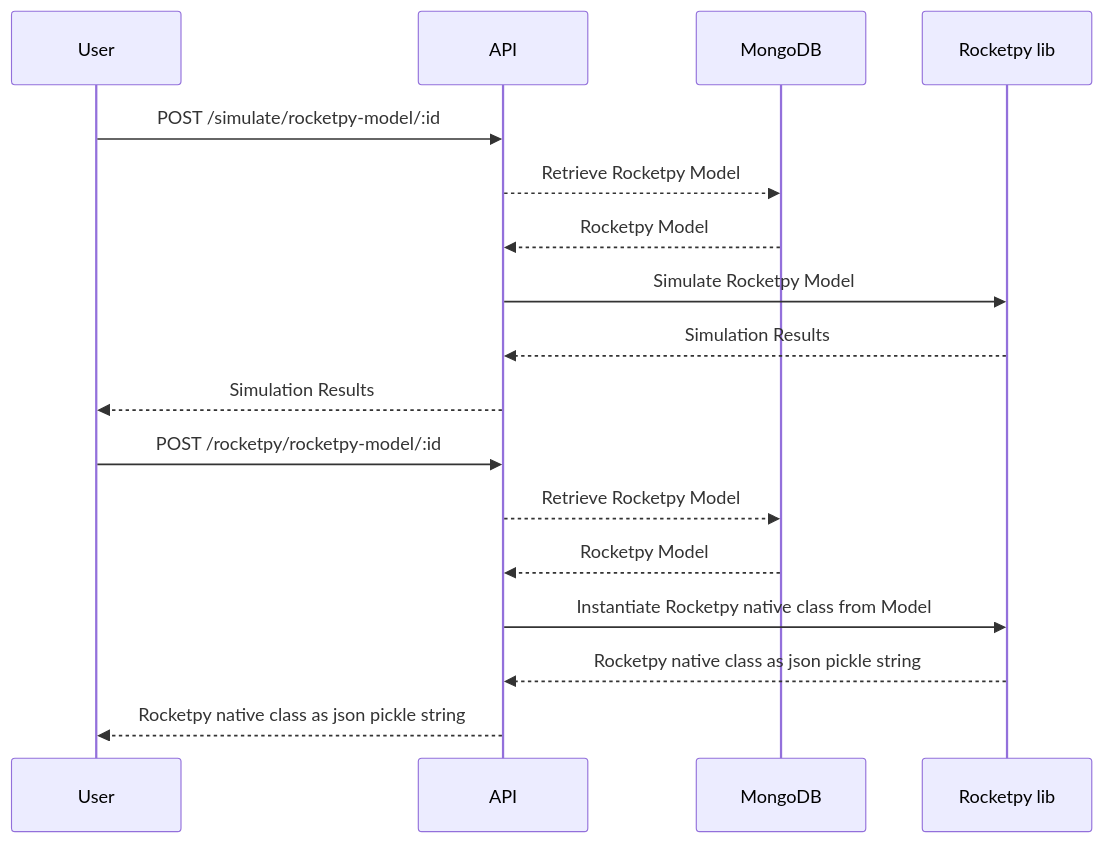
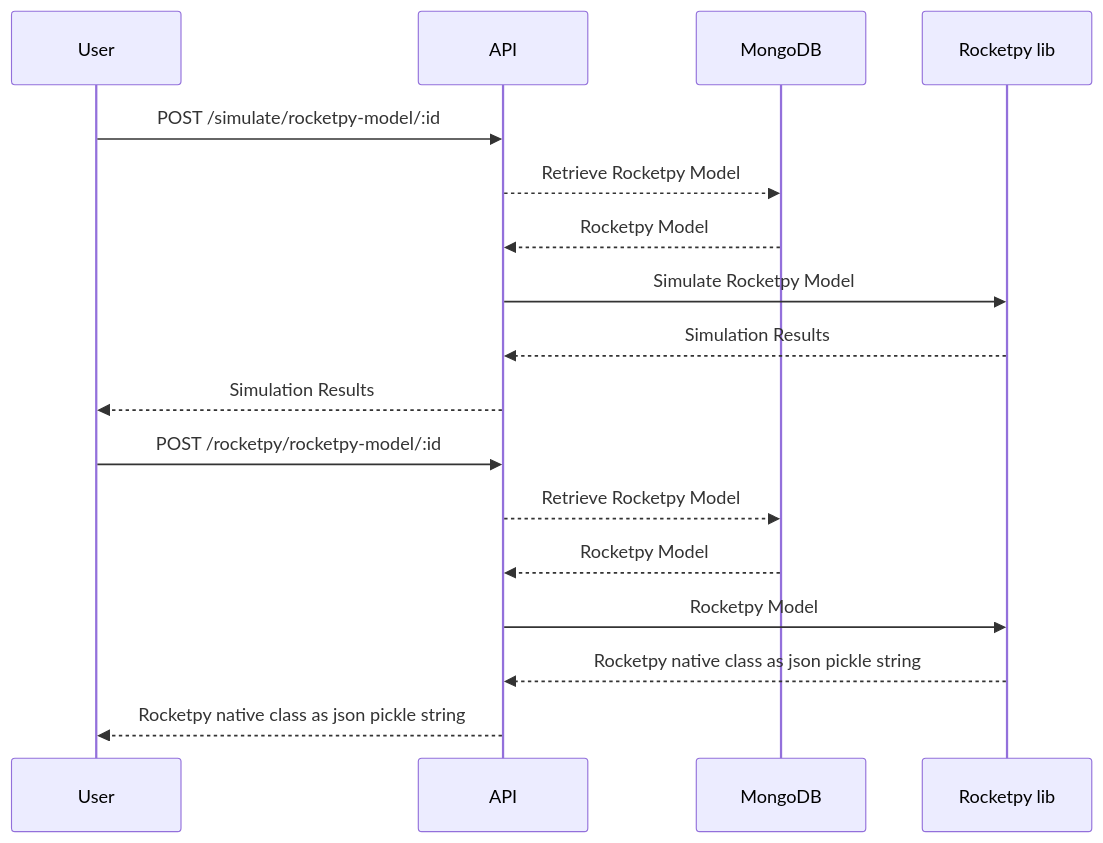
One commit to RocketPy-Team/Infinity-API changed the second of 2 diagrams in README.md. Above: the diagram before and after it, drawn with Mermaid. The commit also changed other lines of this file, not shown here.

````diff
--- a/README.md
+++ b/README.md
@@ -95,21 +94,21 @@
 ```mermaid
 sequenceDiagram
     participant User
     participant API
     participant MongoDB
     participant Rocketpy lib
 
     User ->> API: POST /simulate/rocketpy-model/:id
     API -->> MongoDB: Retrieve Rocketpy Model
     MongoDB -->> API: Rocketpy Model
     API ->> Rocketpy lib: Simulate Rocketpy Model
     Rocketpy lib -->> API:  Simulation Results
     API -->> User: Simulation Results
 
     User ->> API: POST /rocketpy/rocketpy-model/:id
     API -->> MongoDB: Retrieve Rocketpy Model
     MongoDB -->> API: Rocketpy Model
-    API ->> Rocketpy lib: Instantiate Rocketpy native class from Model
+    API ->> Rocketpy lib: Rocketpy Model
     Rocketpy lib -->> API:  Rocketpy native class as json pickle string
     API -->> User: Rocketpy native class as json pickle string
 ```
````
